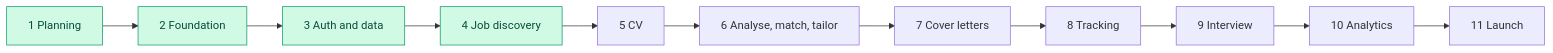
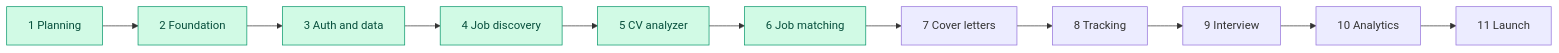
Before and after one commit to kgiannopoulou/JOB-HOUNT-RUN-BY-CLAUDE-CODE: the diagram in docs/07-roadmap.md, drawn with Mermaid. The commit also changed other lines of this file and 76 other files, not shown here.

First line of the commit message:
Add AI CV analyzer and job matching

````diff
--- a/docs/07-roadmap.md
+++ b/docs/07-roadmap.md
@@ -5,7 +5,7 @@
 ```mermaid
 flowchart LR
-    P1[1 Planning]:::done --> P2[2 Foundation]:::done --> P3[3 Auth and data]:::done --> P4[4 Job discovery]:::done --> P5[5 CV]
-    P5 --> P6[6 Analyse, match, tailor] --> P7[7 Cover letters]
+    P1[1 Planning]:::done --> P2[2 Foundation]:::done --> P3[3 Auth and data]:::done --> P4[4 Job discovery]:::done --> P5[5 CV analyzer]:::done
+    P5 --> P6[6 Job matching]:::done --> P7[7 Cover letters]
     P7 --> P8[8 Tracking] --> P9[9 Interview] --> P10[10 Analytics] --> P11[11 Launch]
     classDef done fill:#d1fae5,stroke:#059669,color:#064e3b
 ```
````
